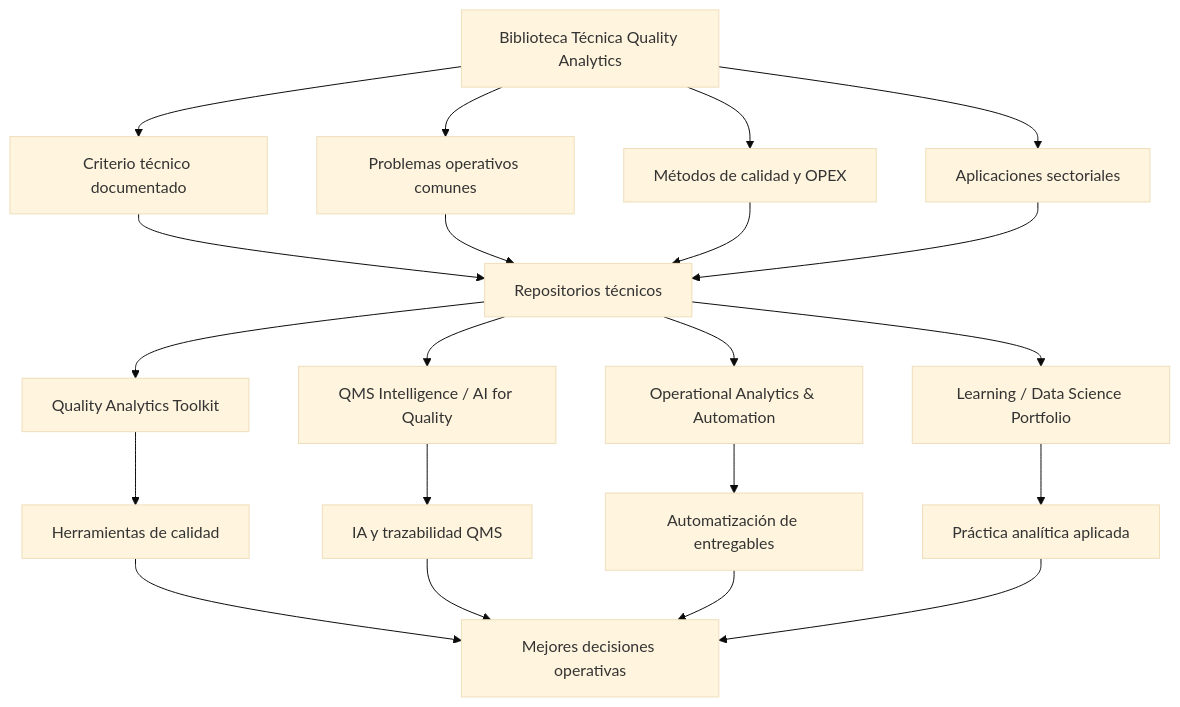
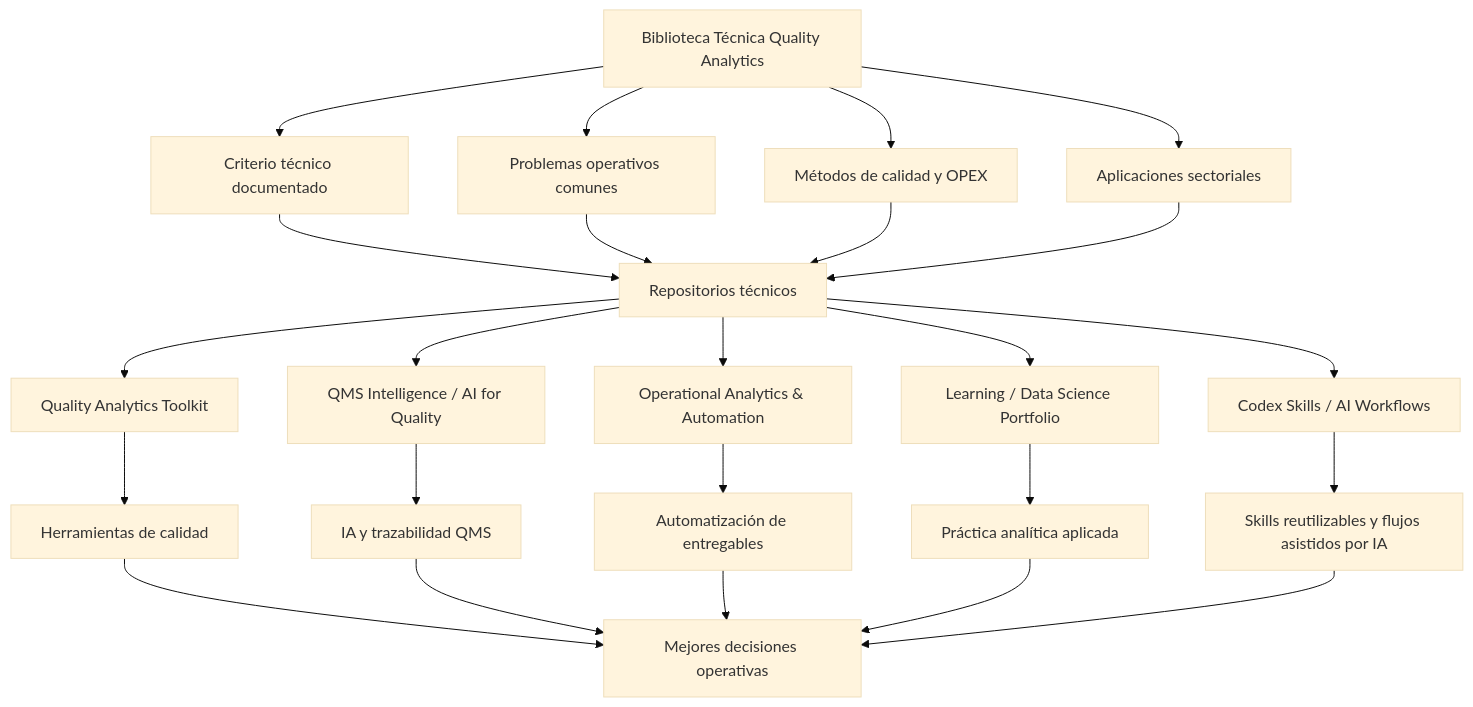
One commit to fjgonzalezmgt/fjgonzalezmgt changed the second of 4 diagrams in README.md. Above: the diagram before and after it, drawn with Mermaid (base theme). The commit also changed other lines of this file, not shown here.

Commit message:
Add Codex Skills AI Workflows to profile README

````diff
--- a/README.md
+++ b/README.md
@@ -76,27 +76,30 @@
 ```mermaid
 flowchart TD
     A[Biblioteca Técnica Quality Analytics] --> B[Criterio técnico documentado]
     A --> C[Problemas operativos comunes]
     A --> D[Métodos de calidad y OPEX]
     A --> E[Aplicaciones sectoriales]
 
     B --> F[Repositorios técnicos]
     C --> F
     D --> F
     E --> F
 
     F --> G[Quality Analytics Toolkit]
     F --> H[QMS Intelligence / AI for Quality]
     F --> I[Operational Analytics & Automation]
     F --> J[Learning / Data Science Portfolio]
+    F --> P[Codex Skills / AI Workflows]
 
     G --> K[Herramientas de calidad]
     H --> L[IA y trazabilidad QMS]
     I --> M[Automatización de entregables]
     J --> N[Práctica analítica aplicada]
+    P --> Q[Skills reutilizables y flujos asistidos por IA]
 
     K --> O[Mejores decisiones operativas]
     L --> O
     M --> O
     N --> O
+    Q --> O
 ```
````
